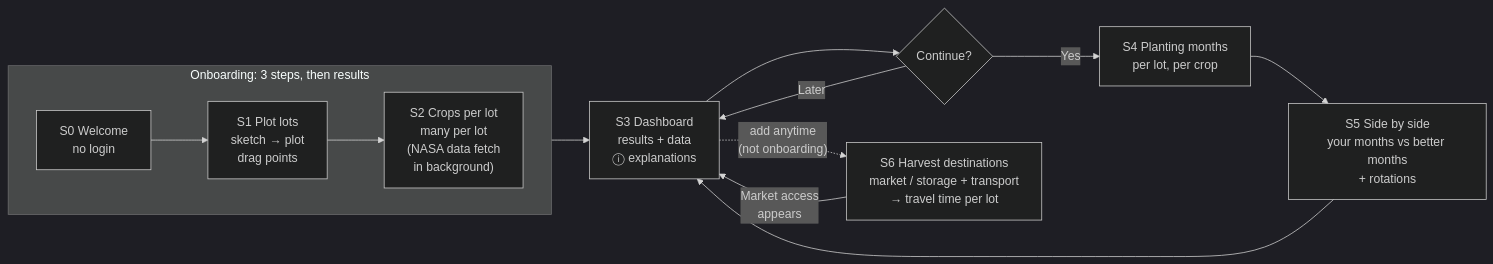
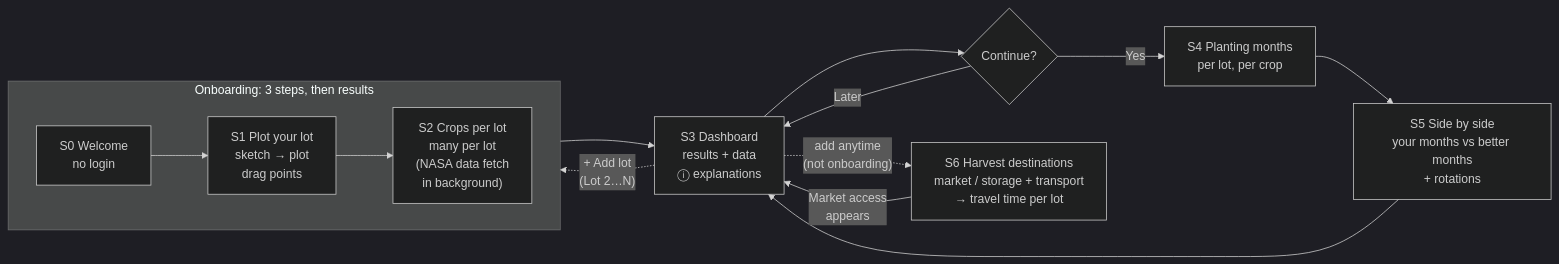
Before and after one commit to GENZ-PH/agrosprout: the diagram in docs/11-user-flow.md, drawn with Mermaid (dark theme). The commit also changed other lines of this file and 10 other files, not shown here.

First line of the commit message:
feat(s1): one lot on a full-screen map, then Next to crops

````diff
--- a/docs/11-user-flow.md
+++ b/docs/11-user-flow.md
@@ -14,14 +14,15 @@
 ```mermaid
 flowchart LR
   subgraph ONB["Onboarding: 3 steps, then results"]
     direction LR
-    S0["S0 Welcome<br/>no login"] --> S1["S1 Plot lots<br/>sketch → plot<br/>drag points"] --> S2["S2 Crops per lot<br/>many per lot<br/>(NASA data fetch<br/>in background)"]
+    S0["S0 Welcome<br/>no login"] --> S1["S1 Plot your lot<br/>sketch → plot<br/>drag points"] --> S2["S2 Crops per lot<br/>many per lot<br/>(NASA data fetch<br/>in background)"]
   end
   S2 --> S3["S3 Dashboard<br/>results + data<br/>ⓘ explanations"]
   S3 --> Q{"Continue?"}
   Q -- "Yes" --> S4["S4 Planting months<br/>per lot, per crop"] --> S5["S5 Side by side<br/>your months vs better months<br/>+ rotations"]
   Q -- "Later" --> S3
   S5 --> S3
   S3 -. "add anytime<br/>(not onboarding)" .-> S6["S6 Harvest destinations<br/>market / storage + transport<br/>→ travel time per lot"]
   S6 -- "Market access<br/>appears" --> S3
+  S3 -. "+ Add lot<br/>(Lot 2…N)" .-> S1
 ```
````
